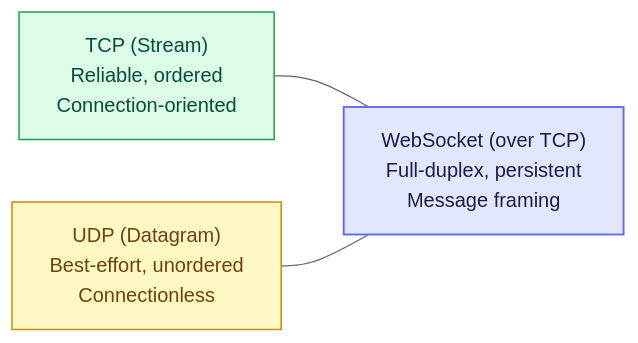
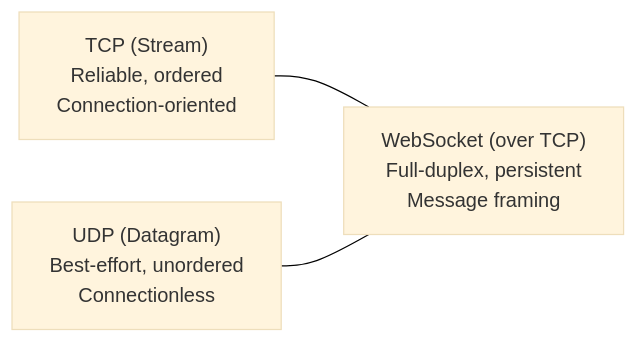
One commit to hananather/system-design changed the second of 5 diagrams in sockets.md. Above: the diagram before and after it, drawn with Mermaid. The commit also changed other lines of this file, not shown here.

Commit message:
Fix Mermaid newlines (use <br/>), force white background, simplify styles to avoid clipping/cutoff

````diff
--- a/sockets.md
+++ b/sockets.md
@@ -27,14 +21,10 @@
 ```mermaid
-%%{init: {'theme':'neutral','themeVariables': { 'fontFamily': 'Inter, ui-sans-serif, system-ui'}}}%%
+%%{init: {'theme': 'base', 'themeVariables': { 'background': '#ffffff', 'fontFamily': 'Inter, ui-sans-serif, system-ui' }}}%%
 flowchart LR
-  TCP["TCP (Stream)\nReliable, ordered\nConnection-oriented"]:::good
-  UDP["UDP (Datagram)\nBest-effort, unordered\nConnectionless"]:::warn
-  WS["WebSocket (over TCP)\nFull-duplex, persistent\nMessage framing"]:::accent
+  TCP["TCP (Stream)<br/>Reliable, ordered<br/>Connection-oriented"]
+  UDP["UDP (Datagram)<br/>Best-effort, unordered<br/>Connectionless"]
+  WS["WebSocket (over TCP)<br/>Full-duplex, persistent<br/>Message framing"]
 
   TCP --- WS
   UDP --- WS
-
-  classDef good fill:#DCFCE7,stroke:#16A34A,stroke-width:1.2px,color:#064E3B;
-  classDef warn fill:#FEF9C3,stroke:#CA8A04,stroke-width:1.2px,color:#713F12;
-  classDef accent fill:#E0E7FF,stroke:#6366F1,stroke-width:1.5px,color:#1E1B4B;
 ```
````
